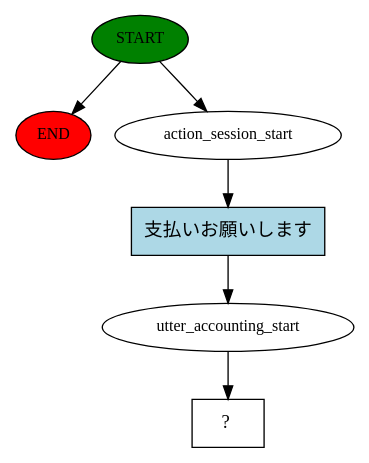
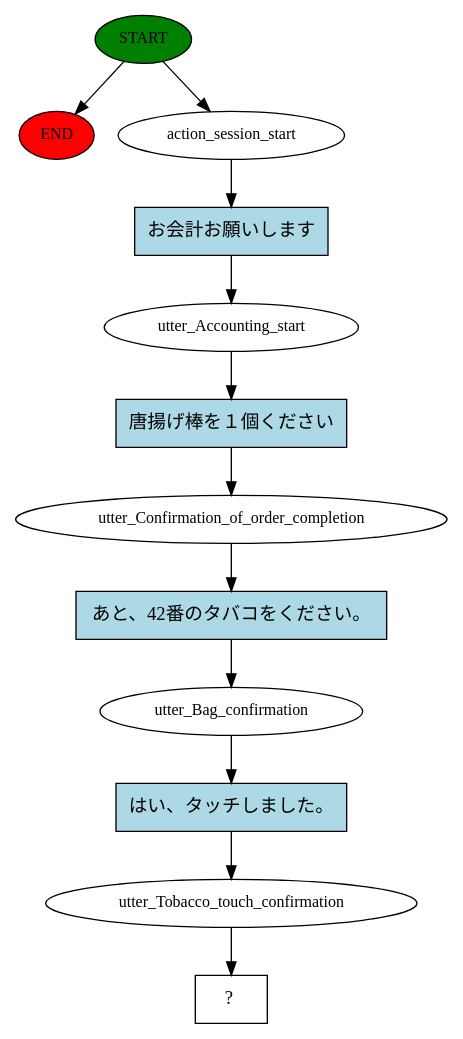
One commit to duylebkHCM/demo_chatbot changed the diagram in story_graph.dot. Above: the diagram before and after it, drawn with Graphviz. The commit also changed 18 other files, not shown here.

```diff
--- a/story_graph.dot
+++ b/story_graph.dot
@@ -1,13 +1,25 @@
 digraph  {
 0 [class="start active", fillcolor=green, fontsize=12, label=START, style=filled];
 "-1" [class=end, fillcolor=red, fontsize=12, label=END, style=filled];
 1 [class=active, fontsize=12, label=action_session_start];
-2 [class=active, fontsize=12, label=utter_accounting_start];
-3 [class="intent dashed active", label="  ?  ", shape=rect];
-4 [class="intent active", fillcolor=lightblue, label="支払いお願いします", shape=rect, style=filled];
+2 [class=active, fontsize=12, label=utter_Accounting_start];
+3 [class=active, fontsize=12, label=utter_Confirmation_of_order_completion];
+4 [class=active, fontsize=12, label=utter_Bag_confirmation];
+5 [class=active, fontsize=12, label=utter_Tobacco_touch_confirmation];
+6 [class="intent dashed active", label="  ?  ", shape=rect];
+7 [class="intent active", fillcolor=lightblue, label="お会計お願いします", shape=rect, style=filled];
+8 [class="intent active", fillcolor=lightblue, label="唐揚げ棒を１個ください", shape=rect, style=filled];
+9 [class="intent active", fillcolor=lightblue, label="あと、42番のタバコをください。", shape=rect, style=filled];
+10 [class="intent active", fillcolor=lightblue, label="はい、タッチしました。", shape=rect, style=filled];
 0 -> "-1"  [class="", key=NONE, label=""];
 0 -> 1  [class=active, key=NONE, label=""];
-1 -> 4  [class=active, key=0];
-2 -> 3  [class=active, key=NONE, label=""];
-4 -> 2  [class=active, key=0];
+1 -> 7  [class=active, key=0];
+2 -> 8  [class=active, key=0];
+3 -> 9  [class=active, key=0];
+4 -> 10  [class=active, key=0];
+5 -> 6  [class=active, key=NONE, label=""];
+7 -> 2  [class=active, key=0];
+8 -> 3  [class=active, key=0];
+9 -> 4  [class=active, key=0];
+10 -> 5  [class=active, key=0];
 }
```
